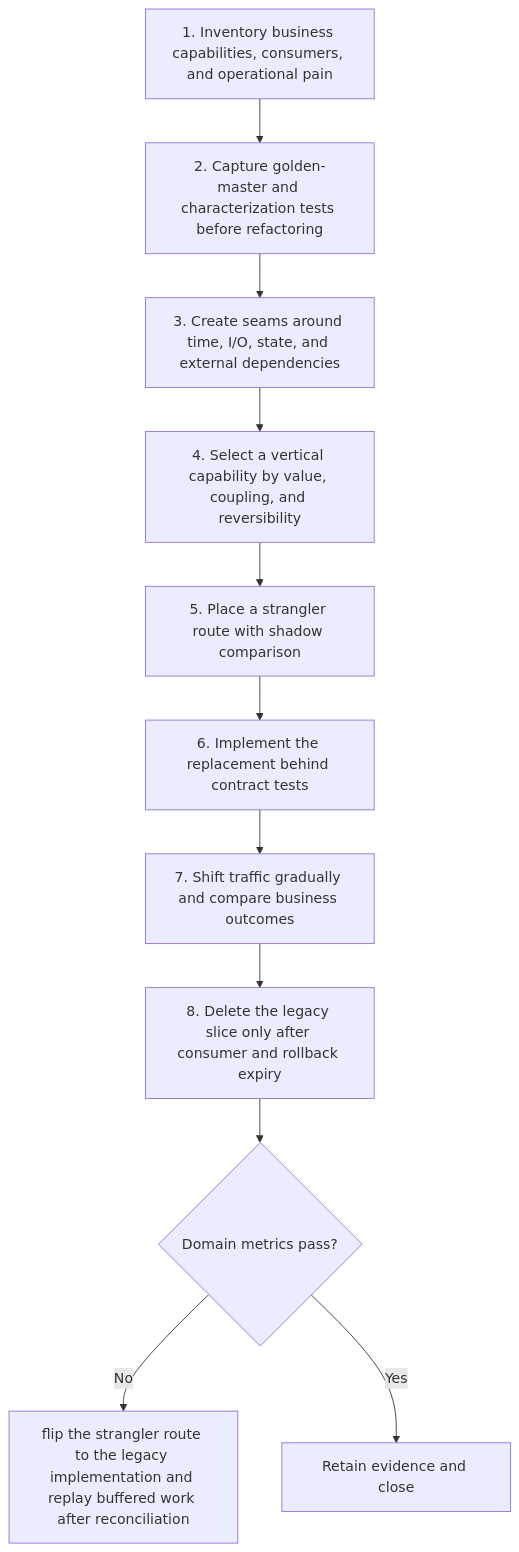
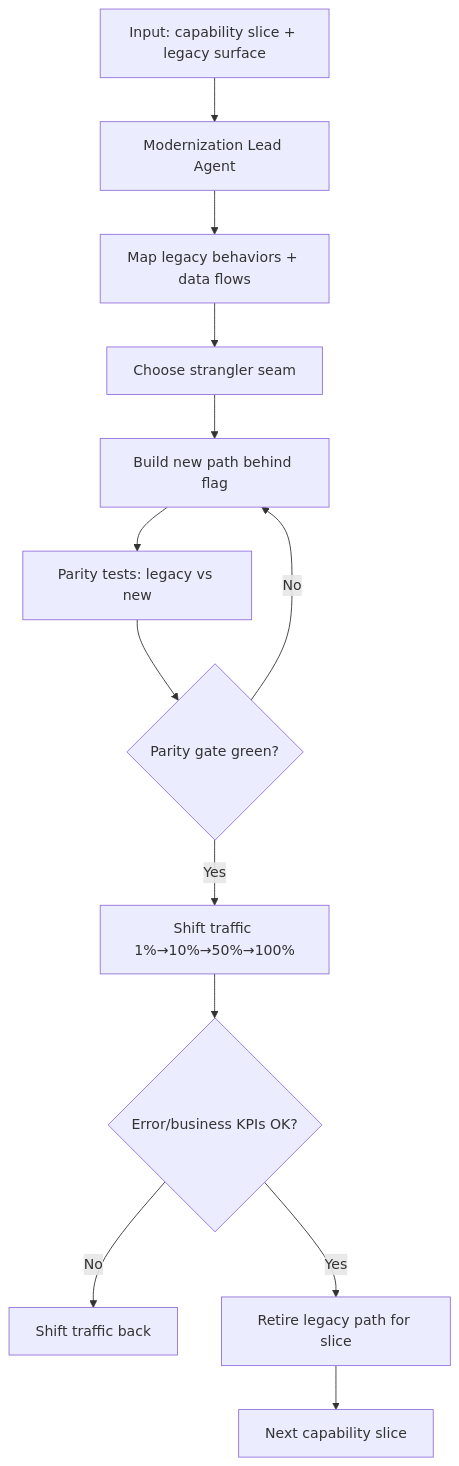
The diagram in content/patterns/legacy-modernization-pattern/workflow.md (grvmithas/open-ai-engineering-standards), drawn with Mermaid before and after one commit. The commit also changed other lines of this file and 494 other files, not shown here.

````diff
--- a/content/patterns/legacy-modernization-pattern/workflow.md
+++ b/content/patterns/legacy-modernization-pattern/workflow.md
@@ -9,14 +11,15 @@
 ```mermaid
 flowchart TD
-  S1[1. Inventory business capabilities, consumers, and operational pain] --> S2
-  S2[2. Capture golden-master and characterization tests before refactoring] --> S3
-  S3[3. Create seams around time, I/O, state, and external dependencies] --> S4
-  S4[4. Select a vertical capability by value, coupling, and reversibility] --> S5
-  S5[5. Place a strangler route with shadow comparison] --> S6
-  S6[6. Implement the replacement behind contract tests] --> S7
-  S7[7. Shift traffic gradually and compare business outcomes] --> S8
-  S8[8. Delete the legacy slice only after consumer and rollback expiry]
-  S8 --> V{Domain metrics pass?}
-  V -->|No| R[flip the strangler route to the legacy implementation and replay buffered work after reconciliation]
-  V -->|Yes| C[Retain evidence and close]
+    A[Input: capability slice + legacy surface] --> B[Modernization Lead Agent]
+    B --> C[Map legacy behaviors + data flows]
+    C --> D[Choose strangler seam]
+    D --> E[Build new path behind flag]
+    E --> F[Parity tests: legacy vs new]
+    F --> G{Parity gate green?}
+    G -->|No| E
+    G -->|Yes| H[Shift traffic 1%→10%→50%→100%]
+    H --> I{Error/business KPIs OK?}
+    I -->|No| J[Shift traffic back]
+    I -->|Yes| K[Retire legacy path for slice]
+    K --> L[Next capability slice]
 ```
````
